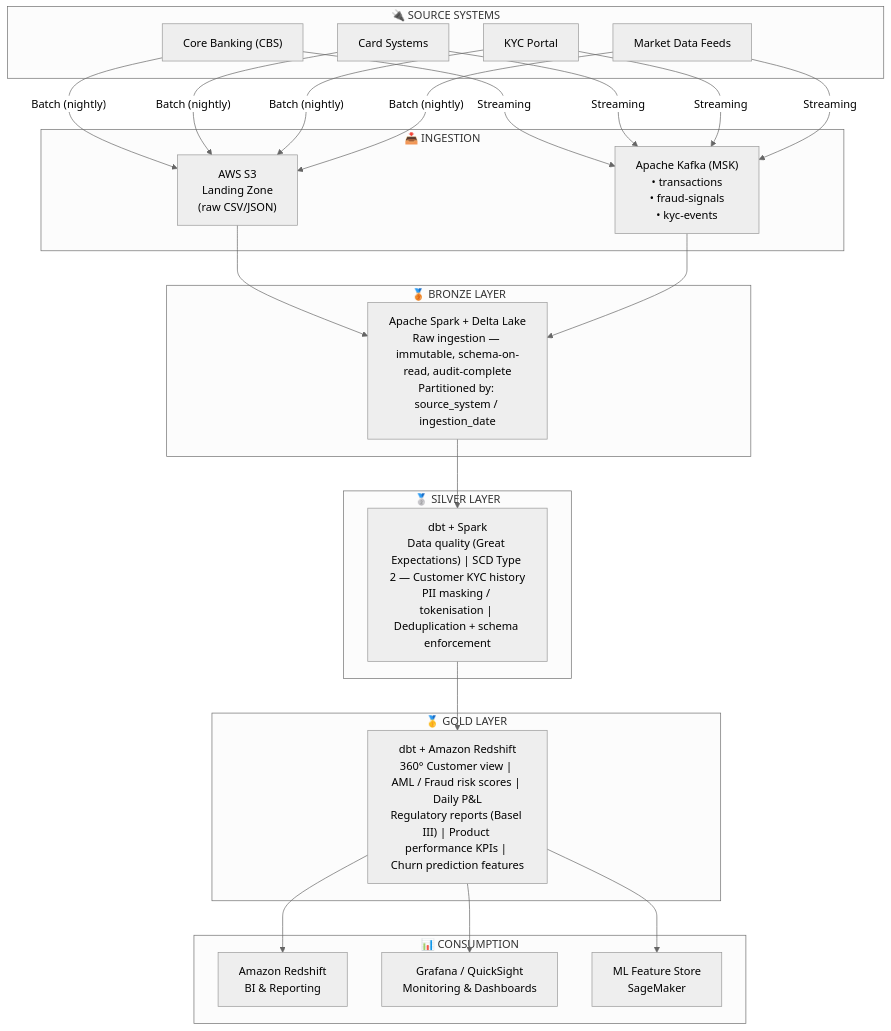
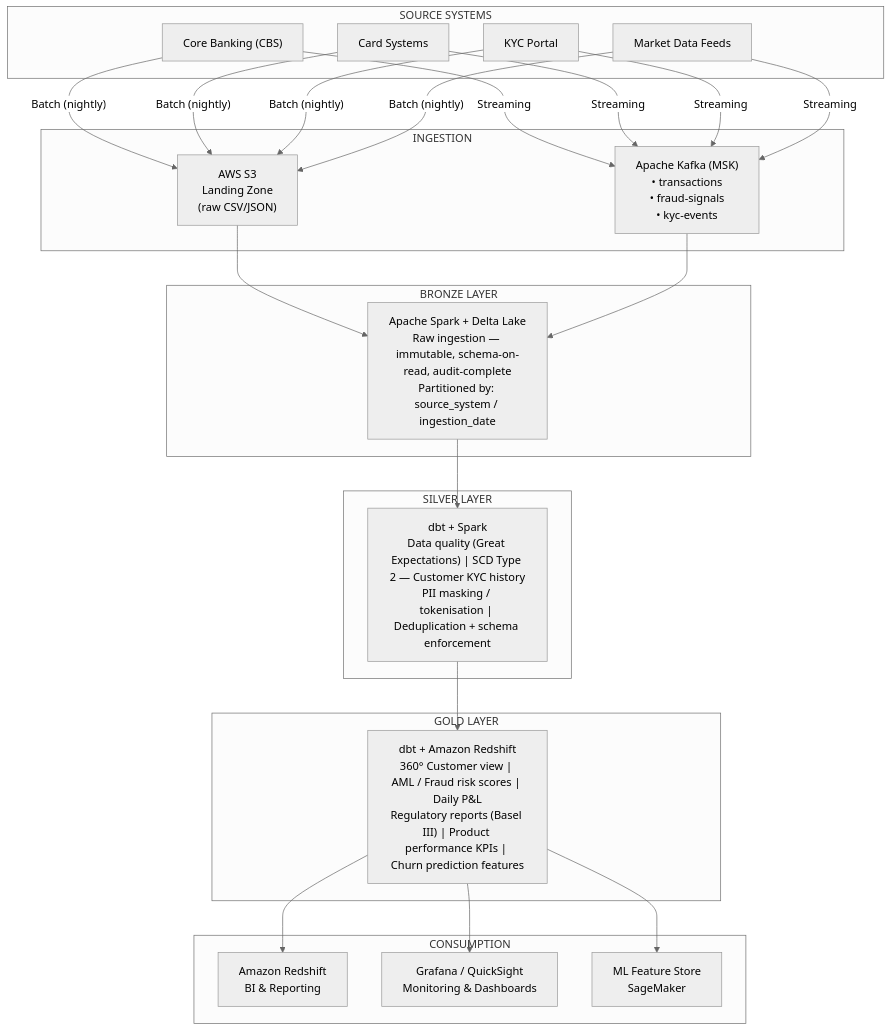
The diagram in README.md (yassine-fetoui/Banking-Data-Engineering-Platform), drawn with Mermaid (neutral theme) before and after one commit. The commit also changed other lines of this file, not shown here.

Commit message:
Refine README content and formatting
Updated formatting and improved clarity in the README.

````diff
--- a/README.md
+++ b/README.md
@@ -13,50 +13,50 @@
 ```mermaid
 flowchart TB
-    subgraph SRC["🔌 SOURCE SYSTEMS"]
+    subgraph SRC[" SOURCE SYSTEMS"]
         CBS["Core Banking (CBS)"]
         CARD["Card Systems"]
         KYC["KYC Portal"]
         MDF["Market Data Feeds"]
     end
 
-    subgraph ING["📥 INGESTION"]
+    subgraph ING[" INGESTION"]
         S3["AWS S3<br/>Landing Zone<br/>(raw CSV/JSON)"]
         KAFKA["Apache Kafka (MSK)<br/>• transactions<br/>• fraud-signals<br/>• kyc-events"]
     end
 
-    subgraph BRONZE["🥉 BRONZE LAYER"]
+    subgraph BRONZE[" BRONZE LAYER"]
         B["Apache Spark + Delta Lake<br/>Raw ingestion — immutable, schema-on-read, audit-complete<br/>Partitioned by: source_system / ingestion_date"]
     end
 
-    subgraph SILVER["🥈 SILVER LAYER"]
+    subgraph SILVER[" SILVER LAYER"]
         S["dbt + Spark<br/>Data quality (Great Expectations) | SCD Type 2 — Customer KYC history<br/>PII masking / tokenisation | Deduplication + schema enforcement"]
     end
 
-    subgraph GOLD["🥇 GOLD LAYER"]
+    subgraph GOLD["GOLD LAYER"]
         G["dbt + Amazon Redshift<br/>360° Customer view | AML / Fraud risk scores | Daily P&L<br/>Regulatory reports (Basel III) | Product performance KPIs | Churn prediction features"]
     end
 
-    subgraph CONS["📊 CONSUMPTION"]
+    subgraph CONS["CONSUMPTION"]
         RS["Amazon Redshift<br/>BI & Reporting"]
         GRAF["Grafana / QuickSight<br/>Monitoring & Dashboards"]
         ML["ML Feature Store<br/>SageMaker"]
     end
 
     CBS -->|"Batch (nightly)"| S3
     CARD -->|"Batch (nightly)"| S3
     KYC -->|"Batch (nightly)"| S3
     MDF -->|"Batch (nightly)"| S3
     
     CBS -->|"Streaming"| KAFKA
     CARD -->|"Streaming"| KAFKA
     KYC -->|"Streaming"| KAFKA
     MDF -->|"Streaming"| KAFKA
 
     S3 --> B
     KAFKA --> B
     B --> S
     S --> G
     G --> RS
     G --> GRAF
     G --> ML
 ```
````
